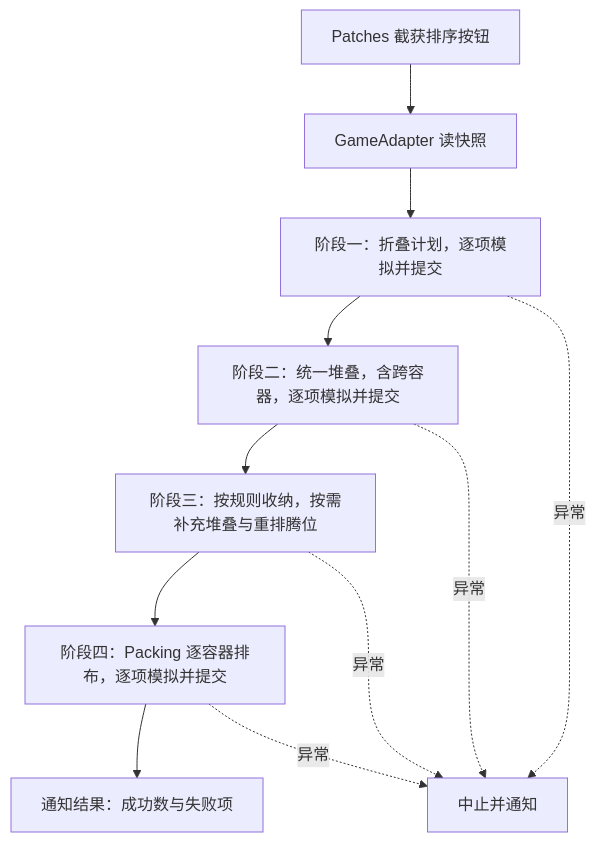
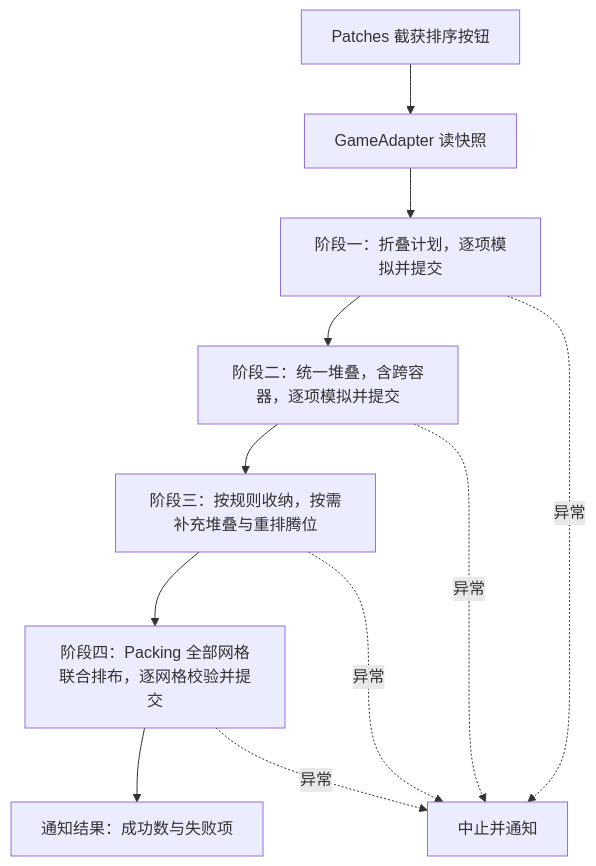
The second of 2 diagrams in docs/arch.md (ChouUn/spt-inventory-organizer), drawn with Mermaid before and after one commit. The commit also changed other lines of this file and 18 other files, not shown here.

````diff
--- a/docs/arch.md
+++ b/docs/arch.md
@@ -103,13 +106,13 @@
 ```mermaid
 flowchart TB
     Click[Patches 截获排序按钮] --> Snap[GameAdapter 读快照]
     Snap --> Fold[阶段一：折叠计划，逐项模拟并提交]
     Fold --> Merge[阶段二：统一堆叠，含跨容器，逐项模拟并提交]
     Merge --> Collect[阶段三：按规则收纳，按需补充堆叠与重排腾位]
-    Collect --> Pack[阶段四：Packing 逐容器排布，逐项模拟并提交]
+    Collect --> Pack[阶段四：Packing 全部网格联合排布，逐网格校验并提交]
     Pack --> Notify[通知结果：成功数与失败项]
     Fold -. 异常 .-> Abort[中止并通知]
     Merge -. 异常 .-> Abort
     Collect -. 异常 .-> Abort
     Pack -. 异常 .-> Abort
 ```
````
